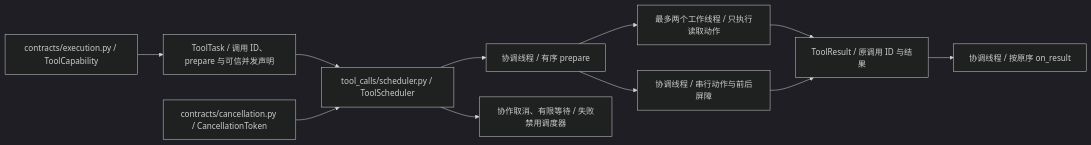
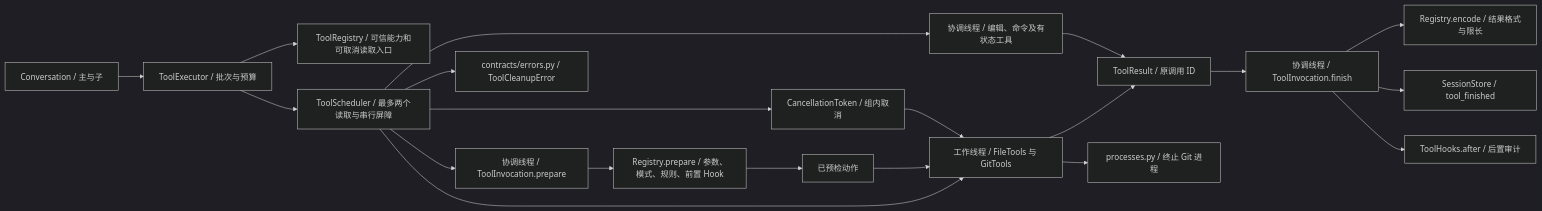
The first of 19 diagrams in docs/architecture.md (Plvltra/AdamAgent), drawn with Mermaid (dark theme) before and after one commit. The commit also changed other lines of this file and 23 other files, not shown here.

```diff
--- a/docs/architecture.md
+++ b/docs/architecture.md
@@ -13,13 +13,22 @@
 ~~~mermaid
 flowchart LR
-    SCHED_TASK["ToolTask / 调用 ID、prepare 与可信并发声明"] --> SCHED_RUN["tool_calls/scheduler.py / ToolScheduler"]
-    SCHED_CAP["contracts/execution.py / ToolCapability"] --> SCHED_TASK
-    SCHED_CANCEL["contracts/cancellation.py / CancellationToken"] --> SCHED_RUN
-    SCHED_RUN --> SCHED_PREP["协调线程 / 有序 prepare"]
-    SCHED_PREP --> SCHED_READ["最多两个工作线程 / 只执行读取动作"]
-    SCHED_PREP --> SCHED_SERIAL["协调线程 / 串行动作与前后屏障"]
-    SCHED_READ --> SCHED_VALUE["ToolResult / 原调用 ID 与结果"]
-    SCHED_SERIAL --> SCHED_VALUE
-    SCHED_VALUE --> SCHED_DELIVER["协调线程 / 按原序 on_result"]
-    SCHED_RUN --> SCHED_CLEAN["协作取消、有限等待 / 失败禁用调度器"]
+    S_CONV["Conversation / 主与子"] --> S_EXEC["ToolExecutor / 批次与预算"]
+    S_EXEC --> S_REG["ToolRegistry / 可信能力和可取消读取入口"]
+    S_EXEC --> S_RUN["ToolScheduler / 最多两个读取与串行屏障"]
+    S_RUN --> S_PREP["协调线程 / ToolInvocation.prepare"]
+    S_PREP --> S_CHECK["Registry.prepare / 参数、模式、规则、前置 Hook"]
+    S_CHECK --> S_ACTION["已预检动作"]
+    S_RUN --> S_WORK["工作线程 / FileTools 与 GitTools"]
+    S_ACTION --> S_WORK
+    S_RUN --> S_SERIAL["协调线程 / 编辑、命令及有状态工具"]
+    S_WORK --> S_RESULT["ToolResult / 原调用 ID"]
+    S_SERIAL --> S_RESULT
+    S_RESULT --> S_FINISH["协调线程 / ToolInvocation.finish"]
+    S_FINISH --> S_ENCODE["Registry.encode / 结果格式与限长"]
+    S_FINISH --> S_STORE["SessionStore / tool_finished"]
+    S_FINISH --> S_AFTER["ToolHooks.after / 后置审计"]
+    S_RUN --> S_CANCEL["CancellationToken / 组内取消"]
+    S_CANCEL --> S_WORK
+    S_WORK --> S_PROC["processes.py / 终止 Git 进程"]
+    S_RUN --> S_ERROR["contracts/errors.py / ToolCleanupError"]
 ~~~
```
